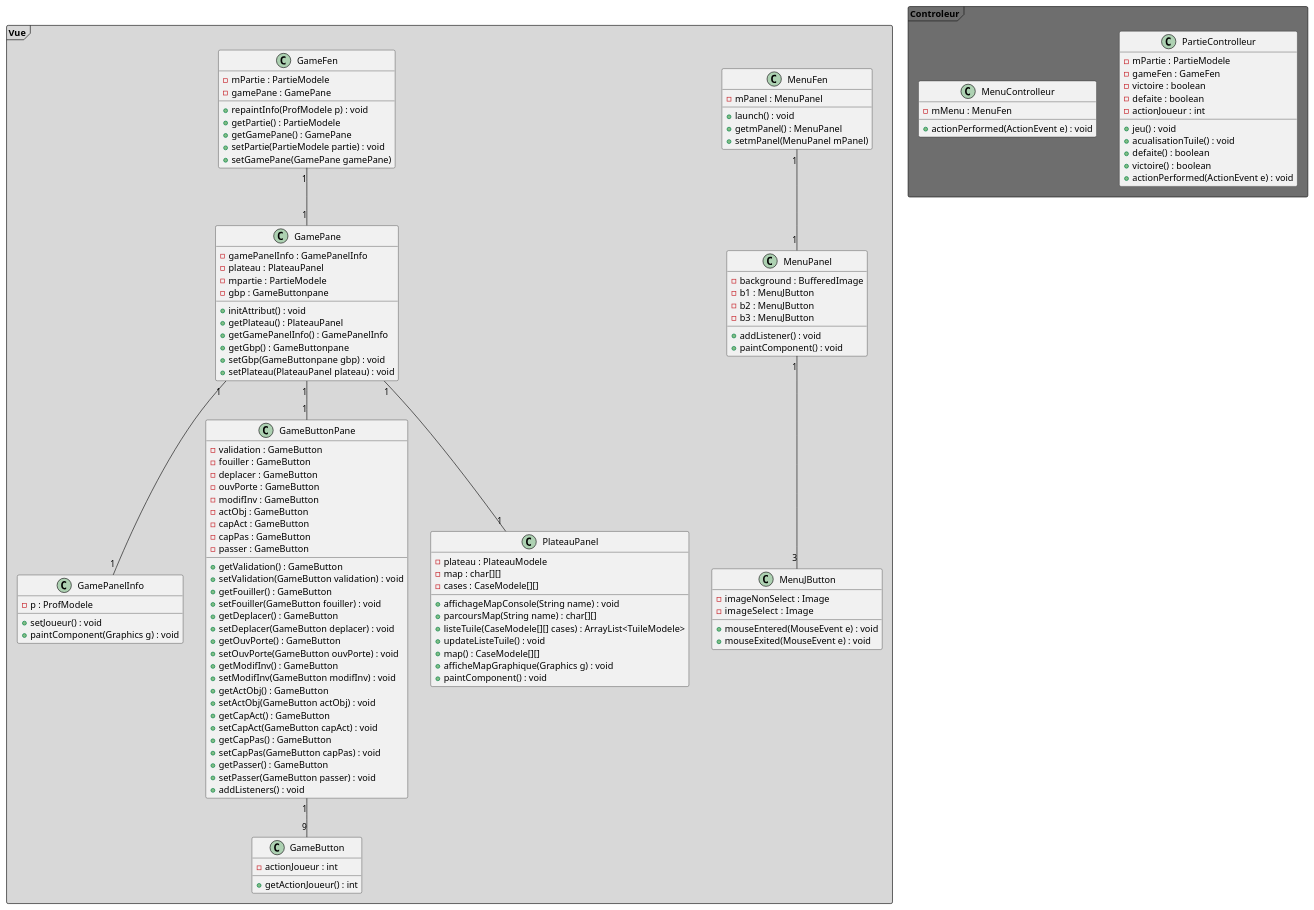
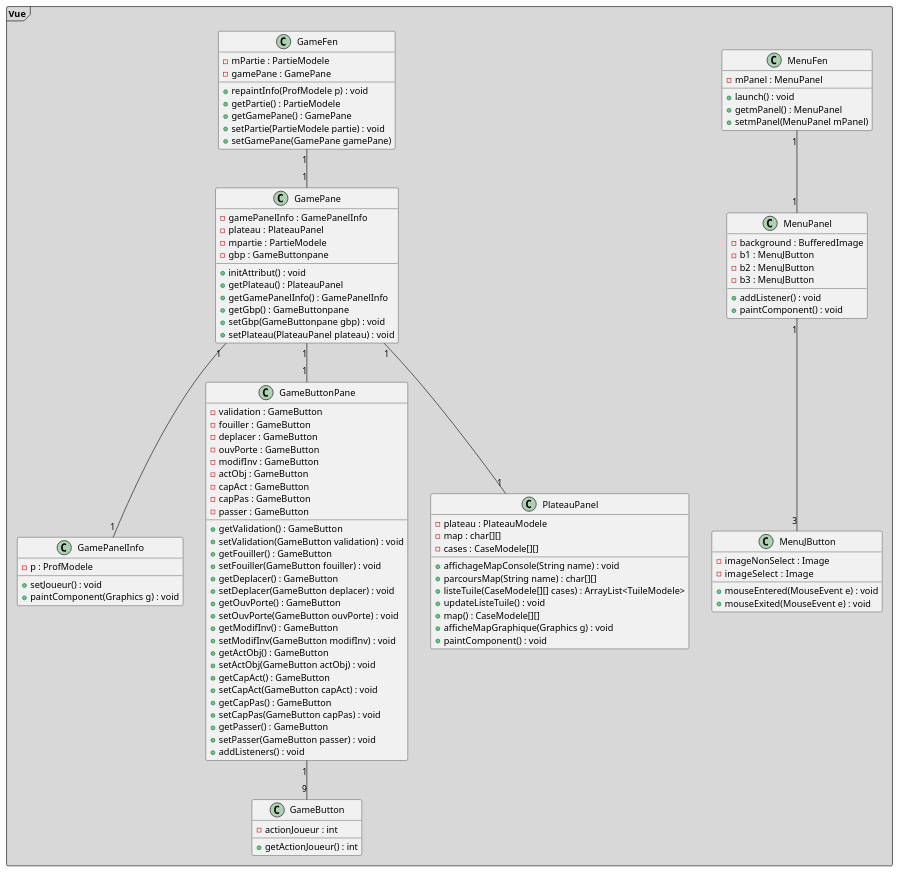
The diagram in UML/Vue.puml (Erathriel/Projet_LO43), drawn with PlantUML before and after one commit. The commit also changed 21 other files, not shown here.

```diff
--- a/UML/Vue.puml
+++ b/UML/Vue.puml
@@ -1,125 +1,107 @@
 @startuml
 
     Package "Vue" <<Frame>> #D8D8D8 {
         class MenuFen {
           - mPanel : MenuPanel
           + launch() : void
           + getmPanel() : MenuPanel
           + setmPanel(MenuPanel mPanel)
         }
         class MenuPanel{
           - background : BufferedImage
           - b1 : MenuJButton
           - b2 : MenuJButton
           - b3 : MenuJButton
           + addListener() : void
           + paintComponent() : void
         }
         class MenuJButton{
           - imageNonSelect : Image
           - imageSelect  : Image
           + mouseEntered(MouseEvent e) : void
           + mouseExited(MouseEvent e) : void
         }
         class GameFen{
           - mPartie : PartieModele
           - gamePane : GamePane
           + repaintInfo(ProfModele p) : void
           + getPartie() : PartieModele
           + getGamePane() : GamePane
           + setPartie(PartieModele partie) : void
           + setGamePane(GamePane gamePane)
         }
         class GamePane {
           - gamePanelInfo : GamePanelInfo
           - plateau : PlateauPanel
           - mpartie : PartieModele
           - gbp : GameButtonpane
           + initAttribut() : void
           + getPlateau() : PlateauPanel
           + getGamePanelInfo() : GamePanelInfo
           + getGbp() : GameButtonpane
           + setGbp(GameButtonpane gbp) : void
           + setPlateau(PlateauPanel plateau) : void
         }
         class GamePanelInfo{
           - p : ProfModele
           + setJoueur() : void
           + paintComponent(Graphics g) : void
         }
         class GameButtonPane{
           - validation : GameButton
           - fouiller : GameButton
           - deplacer : GameButton
           - ouvPorte : GameButton
           - modifInv : GameButton
           - actObj : GameButton
           - capAct : GameButton
           - capPas : GameButton
           - passer : GameButton
           + getValidation() : GameButton
           + setValidation(GameButton validation) : void
           + getFouiller() : GameButton
           + setFouiller(GameButton fouiller) : void
           + getDeplacer() : GameButton
           + setDeplacer(GameButton deplacer) : void
           + getOuvPorte() : GameButton
           + setOuvPorte(GameButton ouvPorte) : void
           + getModifInv() : GameButton
           + setModifInv(GameButton modifInv) : void
           + getActObj() : GameButton
           + setActObj(GameButton actObj) : void
           + getCapAct() : GameButton
           + setCapAct(GameButton capAct) : void
           + getCapPas() : GameButton
           + setCapPas(GameButton capPas) : void
           + getPasser() : GameButton
           + setPasser(GameButton passer) : void
           + addListeners() : void
         }
         class GameButton{
           - actionJoueur : int
           + getActionJoueur() : int
         }
 
         class PlateauPanel{
           - plateau : PlateauModele
           - map : char[][]
           - cases : CaseModele[][]
           + affichageMapConsole(String name) : void
           + parcoursMap(String name) : char[][]
           + listeTuile(CaseModele[][] cases) : ArrayList<TuileModele>
           + updateListeTuile() : void
           + map() : CaseModele[][]
           + afficheMapGraphique(Graphics g) : void
           + paintComponent() : void
         }
     }
-    Package "Controleur" <<Frame>> #6E6E6E {
-        class PartieControlleur {
-            - mPartie : PartieModele
-            - gameFen : GameFen
-            - victoire : boolean
-            - defaite : boolean
-            - actionJoueur : int
-            + jeu() : void
-            + acualisationTuile() : void
-            + defaite() : boolean
-            + victoire() : boolean
-            + actionPerformed(ActionEvent e) : void
-        }
-        class MenuControlleur {
-            - mMenu : MenuFen
-            + actionPerformed(ActionEvent e) : void
-        }
-    }
 
     MenuFen "1" -- "1" MenuPanel
     MenuPanel "1" -- "3" MenuJButton
     GameFen "1" -- "1" GamePane
     GamePane "1" -- "1" PlateauPanel
     GamePane "1" -- "1" GamePanelInfo
     GamePane "1" -- "1" GameButtonPane
     GameButtonPane "1" -- "9" GameButton
 
 @enduml
```
